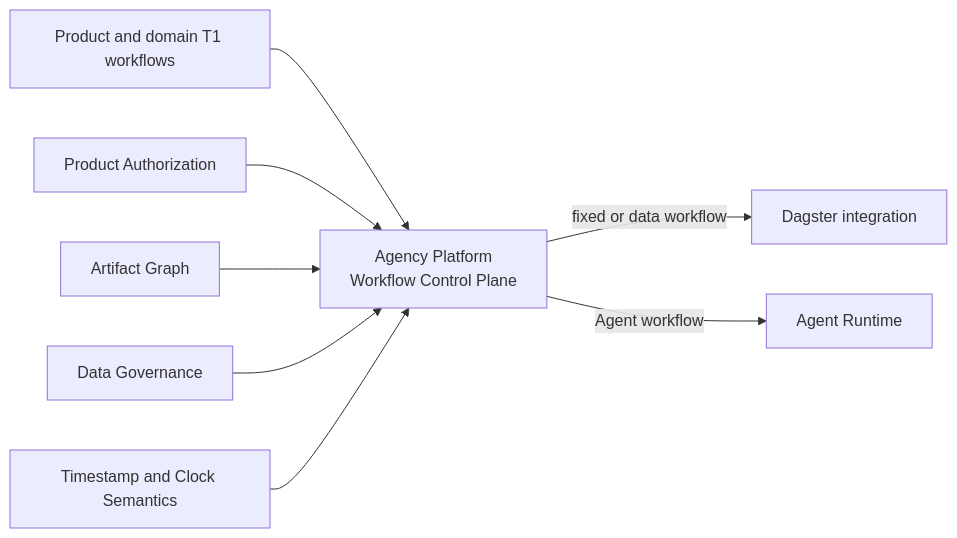
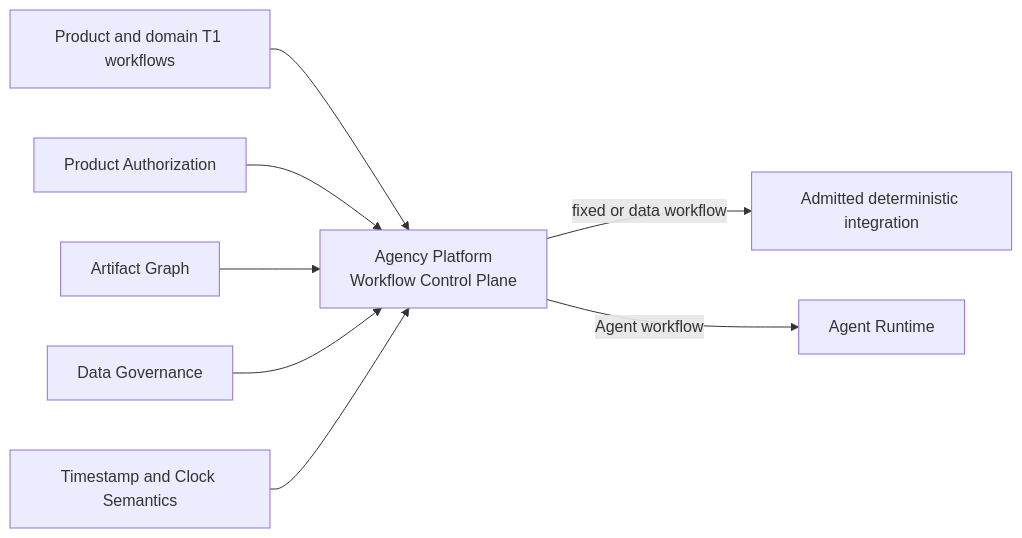
Before and after one commit to bobaoai/agent_runtime: the third of 3 diagrams in designDoc/the_agency_platform.md, drawn with Mermaid. The commit also changed other lines of this file and 120 other files, not shown here.

````diff
--- a/designDoc/the_agency_platform.md
+++ b/designDoc/the_agency_platform.md
@@ -282,10 +290,10 @@
 ```mermaid
 flowchart LR
     DOMAIN["Product and domain T1 workflows"] --> CONTROL["Agency Platform<br/>Workflow Control Plane"]
     AUTHZ["Product Authorization"] --> CONTROL
-    CONTROL -->|"fixed or data workflow"| DAGSTER["Dagster integration"]
+    CONTROL -->|"fixed or data workflow"| FIXED["Admitted deterministic integration"]
     CONTROL -->|"Agent workflow"| RUNTIME["Agent Runtime"]
     ARTIFACT["Artifact Graph"] --> CONTROL
     DATA["Data Governance"] --> CONTROL
     TIME["Timestamp and Clock Semantics"] --> CONTROL
 ```
````
